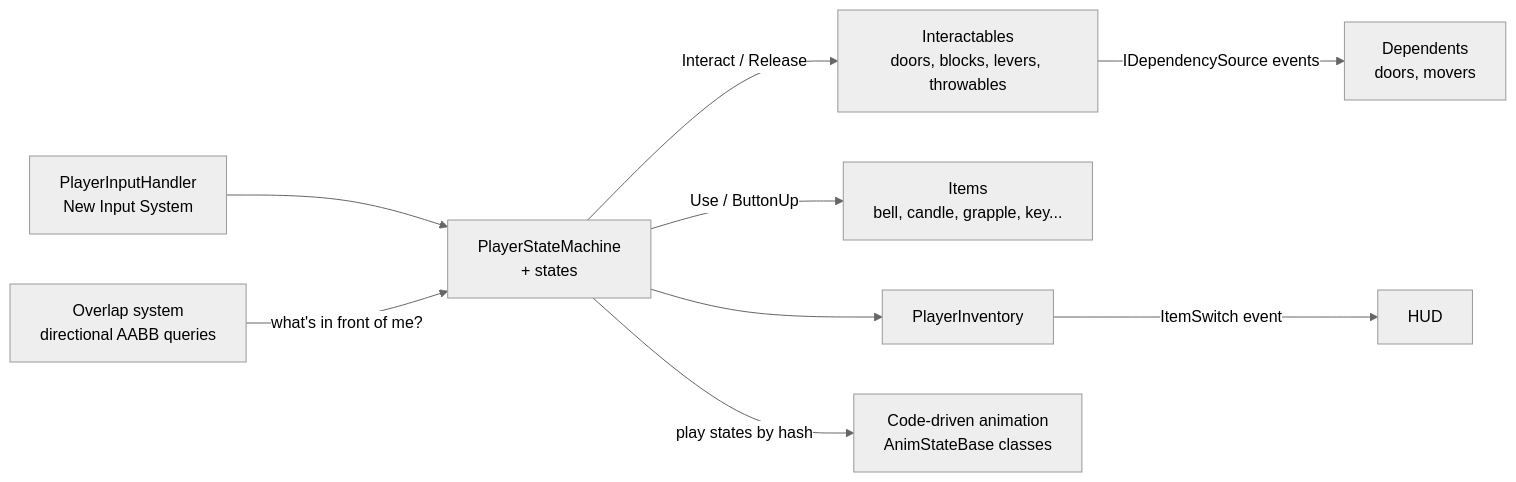
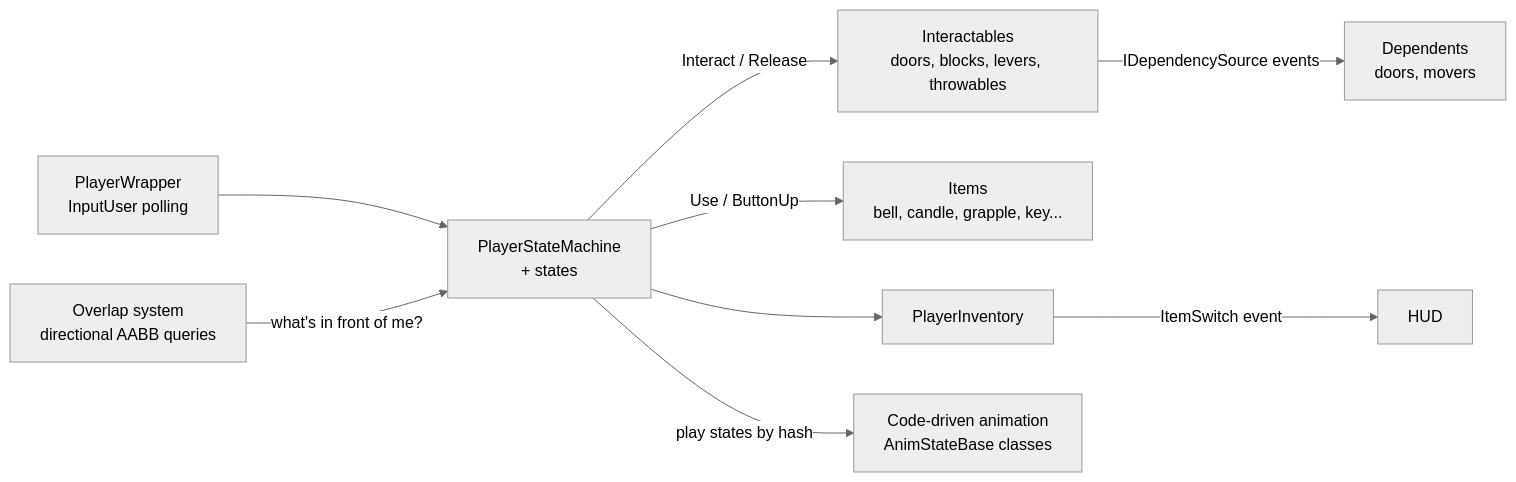
Before and after one commit to brockstar512/Interaction-Tool: the first of 4 diagrams in ARCHITECTURE.md, drawn with Mermaid (neutral theme). The commit also changed other lines of this file and 3 other files, not shown here.

````diff
--- a/ARCHITECTURE.md
+++ b/ARCHITECTURE.md
@@ -13,11 +13,11 @@
 ```mermaid
 flowchart LR
-    Input[PlayerInputHandler<br/>New Input System] --> SM[PlayerStateMachine<br/>+ states]
+    Input[PlayerWrapper<br/>InputUser polling] --> SM[PlayerStateMachine<br/>+ states]
     SM -- "Interact / Release" --> I[Interactables<br/>doors, blocks, levers, throwables]
     SM -- "Use / ButtonUp" --> Items[Items<br/>bell, candle, grapple, key...]
     SM --> Inv[PlayerInventory]
     Overlap[Overlap system<br/>directional AABB queries] -- "what's in front of me?" --> SM
     I -- "IDependencySource events" --> Dep[Dependents<br/>doors, movers]
     Inv -- "ItemSwitch event" --> HUD[HUD]
     SM -- "play states by hash" --> Anim[Code-driven animation<br/>AnimStateBase classes]
 ```
````
